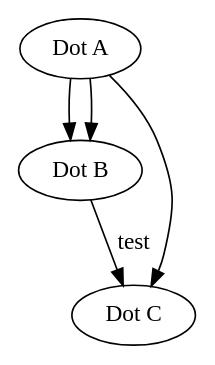
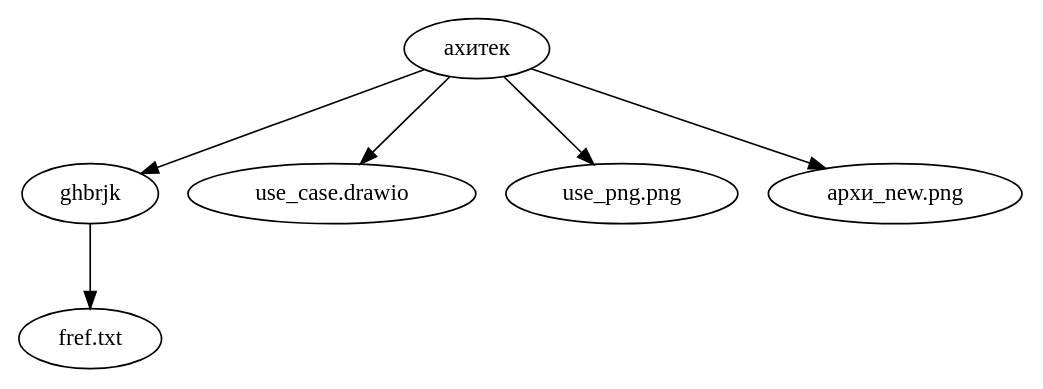
One commit to MasterHach/pythonProject_lol changed the diagram in test-output/test-table.gv. Above: the diagram before and after it, drawn with Graphviz. The commit also changed 12 other files, not shown here.

```diff
--- a/test-output/test-table.gv
+++ b/test-output/test-table.gv
@@ -1,10 +1,13 @@
 // The Test Table
 digraph {
-	A [label="Dot A"]
-	B [label="Dot B"]
-	C [label="Dot C"]
-	A -> B
-	A -> C
-	A -> B
-	B -> C [label=test]
+	ghbrjk [label=ghbrjk]
+	"ахитек" -> ghbrjk [label=" "]
+	"fref.txt" [label="fref.txt"]
+	ghbrjk -> "fref.txt" [label=" "]
+	"use_case.drawio" [label="use_case.drawio"]
+	"ахитек" -> "use_case.drawio" [label=" "]
+	"use_png.png" [label="use_png.png"]
+	"ахитек" -> "use_png.png" [label=" "]
+	"архи_new.png" [label="архи_new.png"]
+	"ахитек" -> "архи_new.png" [label=" "]
 }
```
